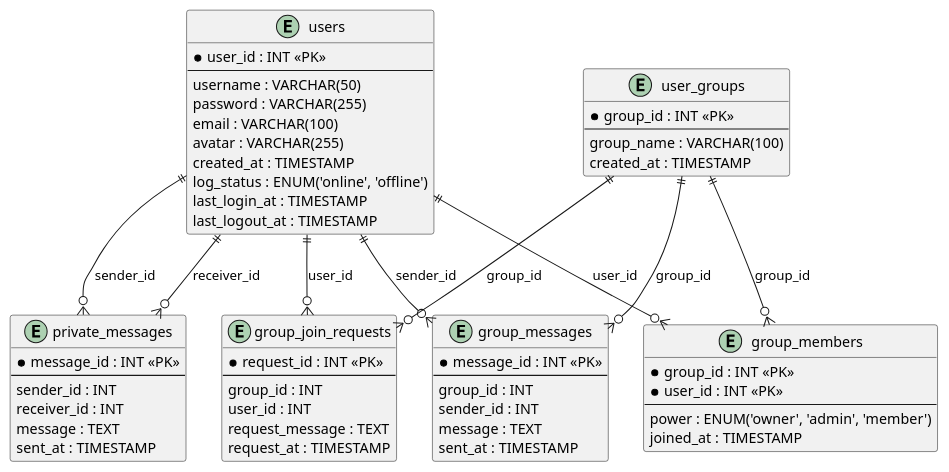
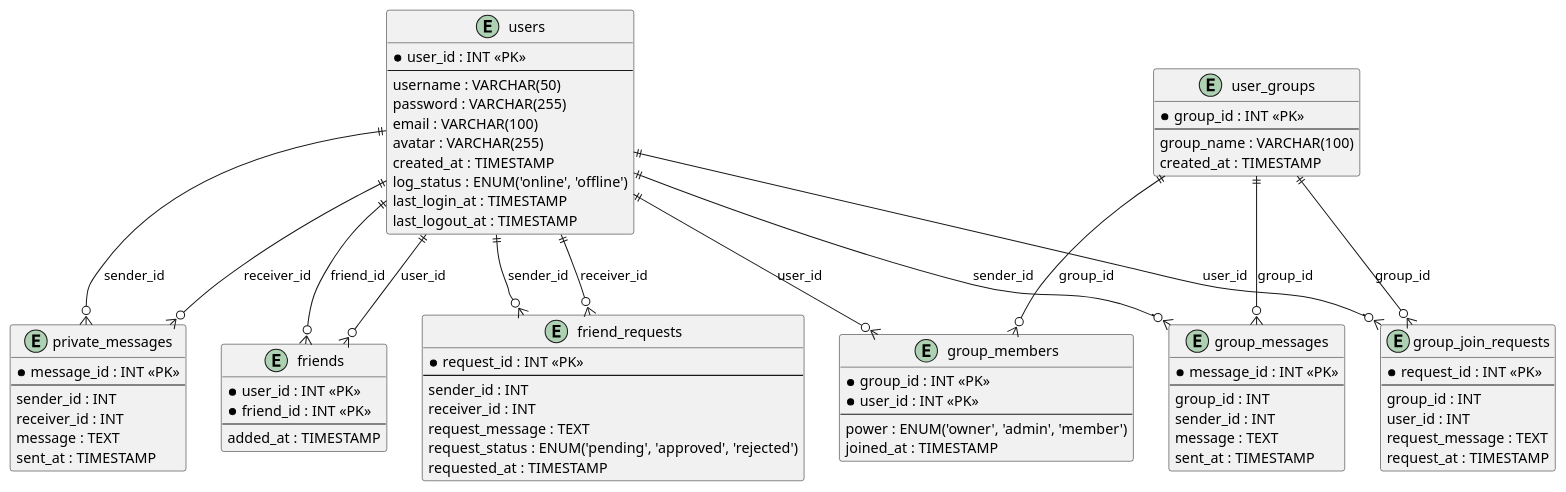
The diagram in doc/dataBase/用户-群组设计.puml (0X5A0X480X52/my_qq_client), drawn with PlantUML before and after one commit. The commit also changed 19 other files, not shown here.

```diff
--- a/doc/dataBase/用户-群组设计.puml
+++ b/doc/dataBase/用户-群组设计.puml
@@ -1,67 +1,88 @@
 @startuml 用户-群组设计
 
 entity "users" {
     * user_id : INT <<PK>>
     --
     username : VARCHAR(50)
     password : VARCHAR(255)
     email : VARCHAR(100)
     avatar : VARCHAR(255)
     created_at : TIMESTAMP
     log_status : ENUM('online', 'offline')
     last_login_at : TIMESTAMP
     last_logout_at : TIMESTAMP
 }
 
 entity "private_messages" {
     * message_id : INT <<PK>>
     --
     sender_id : INT
     receiver_id : INT
     message : TEXT
     sent_at : TIMESTAMP
 }
 
 entity "user_groups" {
     * group_id : INT <<PK>>
     --
     group_name : VARCHAR(100)
     created_at : TIMESTAMP
 }
 
 entity "group_members" {
     * group_id : INT <<PK>>
     * user_id : INT <<PK>>
     --
     power : ENUM('owner', 'admin', 'member')
     joined_at : TIMESTAMP
 }
 
 entity "group_messages" {
     * message_id : INT <<PK>>
     --
     group_id : INT
     sender_id : INT
     message : TEXT
     sent_at : TIMESTAMP
 }
 
 entity "group_join_requests" {
     * request_id : INT <<PK>>
     --
     group_id : INT
     user_id : INT
     request_message : TEXT
     request_at : TIMESTAMP
 }
 
+entity "friend_requests" {
+    * request_id : INT <<PK>>
+    --
+    sender_id : INT
+    receiver_id : INT
+    request_message : TEXT
+    request_status : ENUM('pending', 'approved', 'rejected')
+    requested_at : TIMESTAMP
+}
+
+entity "friends" {
+    * user_id : INT <<PK>>
+    * friend_id : INT <<PK>>
+    --
+    added_at : TIMESTAMP
+}
+
 users ||--o{ private_messages : "sender_id"
 users ||--o{ private_messages : "receiver_id"
 users ||--o{ group_members : "user_id"
 users ||--o{ group_messages : "sender_id"
 users ||--o{ group_join_requests : "user_id"
+users ||--o{ friend_requests : "sender_id"
+users ||--o{ friend_requests : "receiver_id"
+users ||--o{ friends : "user_id"
+users ||--o{ friends : "friend_id"
 user_groups ||--o{ group_members : "group_id"
 user_groups ||--o{ group_messages : "group_id"
 user_groups ||--o{ group_join_requests : "group_id"
 
 @enduml
```
